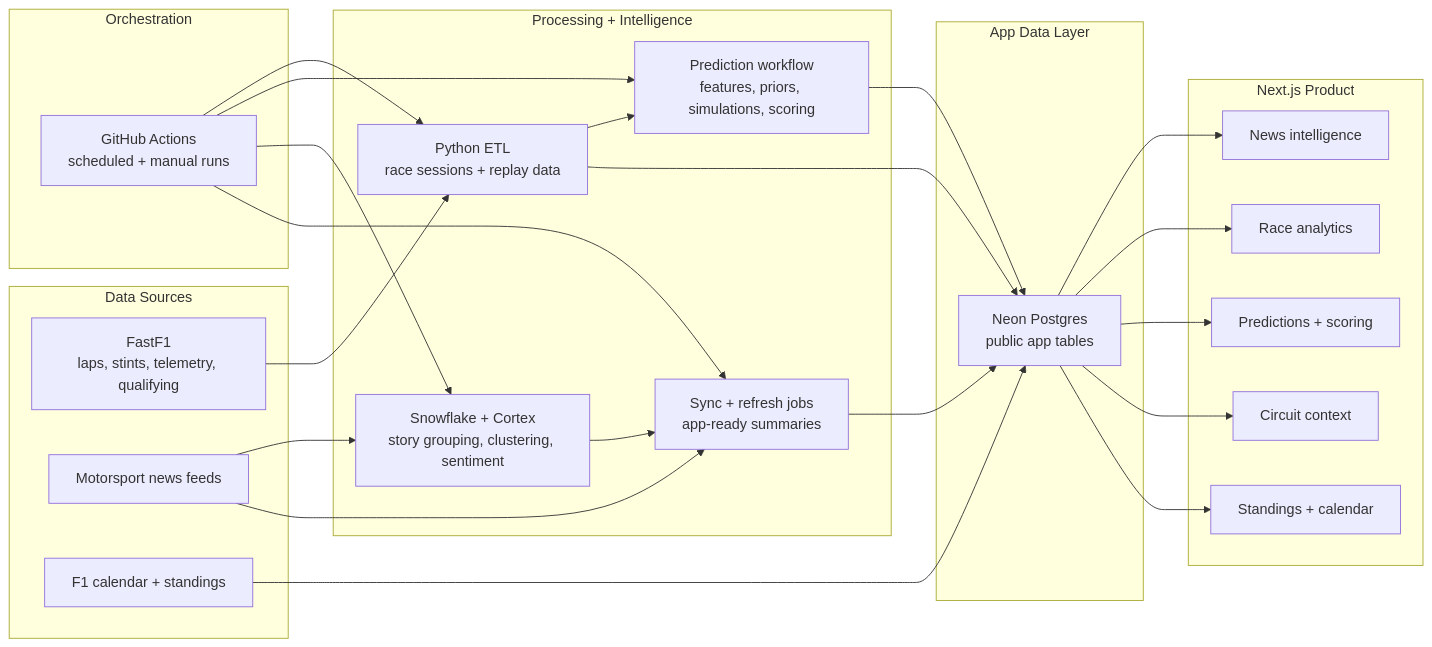
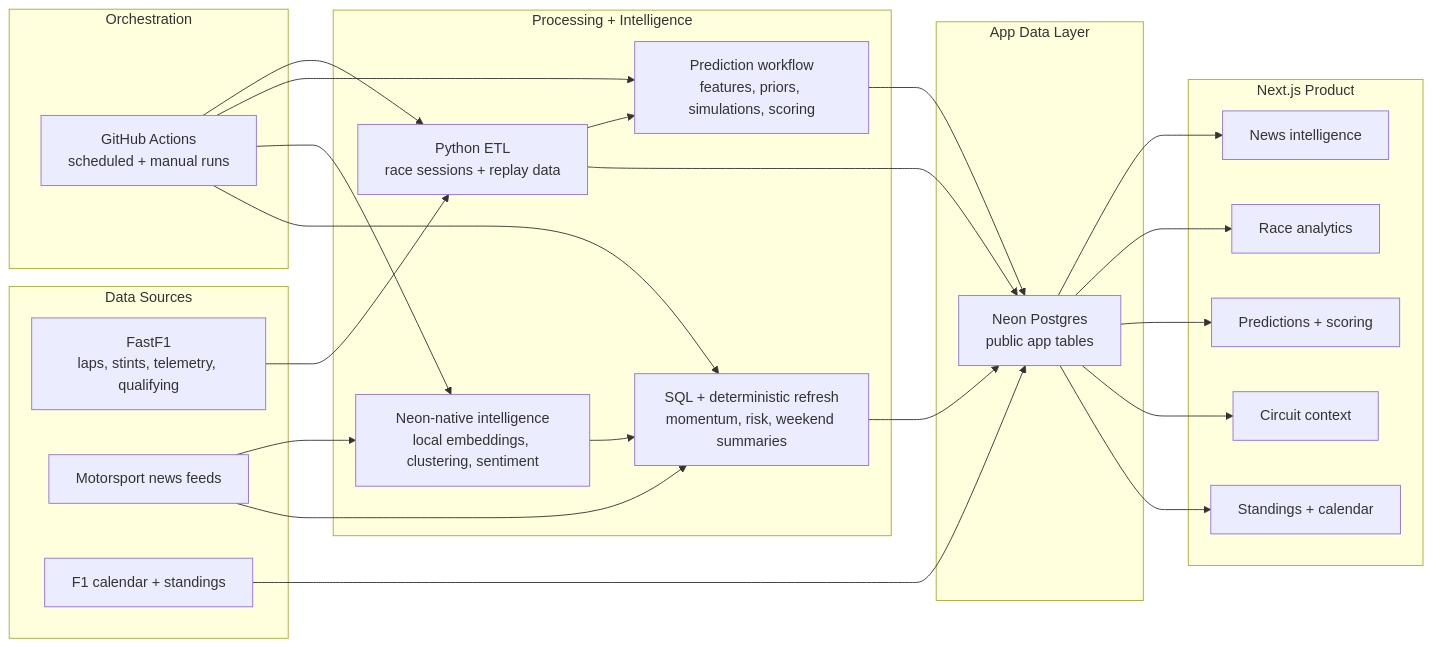
The diagram in README.md (Pournami-Prakash/f1-bulletin-live), drawn with Mermaid before and after one commit. The commit also changed other lines of this file and 8 other files, not shown here.

Commit message:
Add Neon-native news intelligence pipeline

````diff
--- a/README.md
+++ b/README.md
@@ -22,50 +22,50 @@
 ```mermaid
 flowchart LR
   subgraph Sources["Data Sources"]
     A["FastF1<br/>laps, stints, telemetry, qualifying"]
     B["Motorsport news feeds"]
     C["F1 calendar + standings"]
   end
 
   subgraph Orchestration["Orchestration"]
     D["GitHub Actions<br/>scheduled + manual runs"]
   end
 
   subgraph Processing["Processing + Intelligence"]
     E["Python ETL<br/>race sessions + replay data"]
     F["Prediction workflow<br/>features, priors, simulations, scoring"]
-    G["Snowflake + Cortex<br/>story grouping, clustering, sentiment"]
-    H["Sync + refresh jobs<br/>app-ready summaries"]
+    G["Neon-native intelligence<br/>local embeddings, clustering, sentiment"]
+    H["SQL + deterministic refresh<br/>momentum, risk, weekend summaries"]
   end
 
   subgraph AppData["App Data Layer"]
     I["Neon Postgres<br/>public app tables"]
   end
 
   subgraph Product["Next.js Product"]
     J["News intelligence"]
     K["Race analytics"]
     L["Predictions + scoring"]
     M["Circuit context"]
     N["Standings + calendar"]
   end
 
   D --> E
   D --> F
   D --> G
   D --> H
   B --> G
   B --> H
   A --> E
   E --> F
   E --> I
   F --> I
   G --> H
   H --> I
   C --> I
   I --> J
   I --> K
   I --> L
   I --> M
   I --> N
 ```
````
